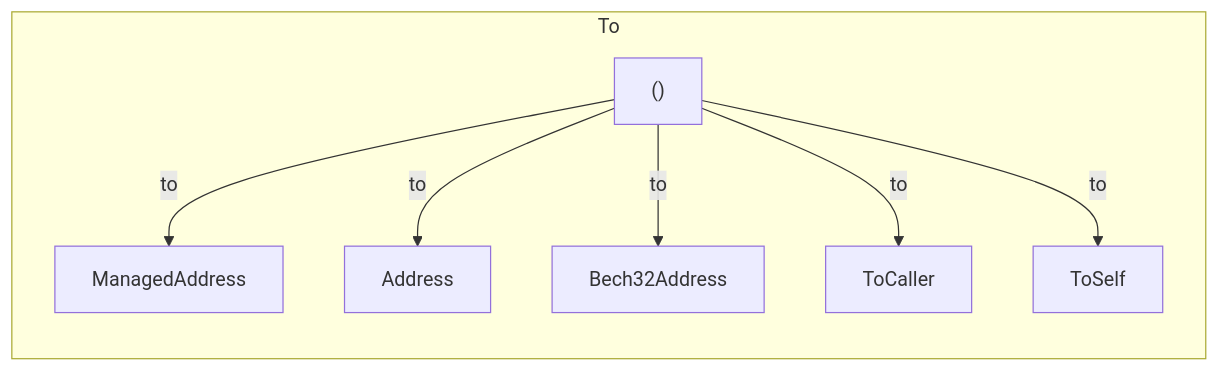
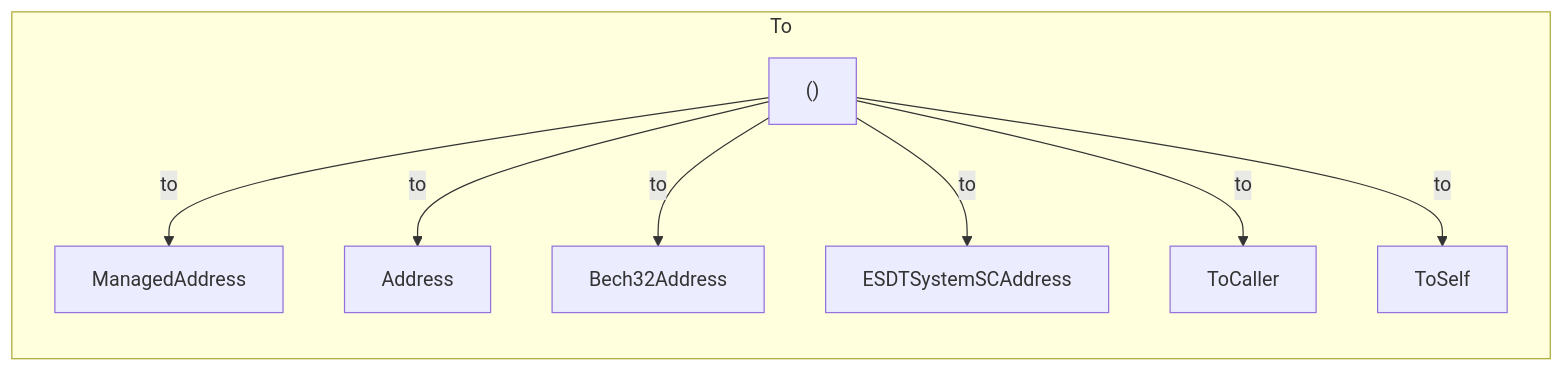
The fourth of 8 diagrams in docs/developers/transactions/tx-overview.md (multiversx/mx-docs), drawn with Mermaid before and after one commit. The commit also changed other lines of this file and 7 other files, not shown here.

Commit message:
unified syntax - diagrams

````diff
--- a/docs/developers/transactions/tx-overview.md
+++ b/docs/developers/transactions/tx-overview.md
@@ -219,11 +219,12 @@
 ```mermaid
 graph LR
     subgraph To
         to-unit["()"]
         to-unit -->|to| to-man-address[ManagedAddress]
         to-unit -->|to| to-address[Address]
         to-unit -->|to| to-bech32[Bech32Address]
+        to-unit -->|to| to-esdt-system-sc[ESDTSystemSCAddress]
         to-unit -->|to| to-caller[ToCaller]
         to-unit -->|to| to-self[ToSelf]
     end
 ```
````
